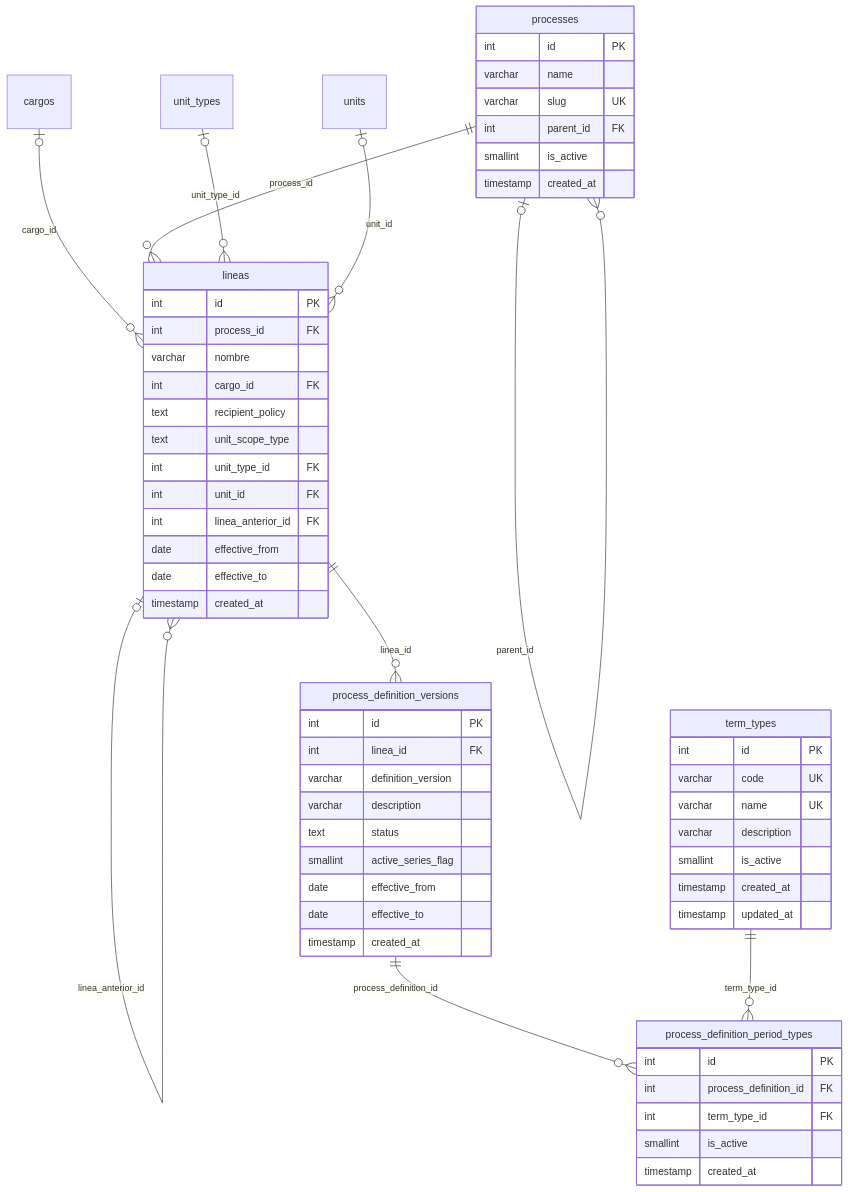
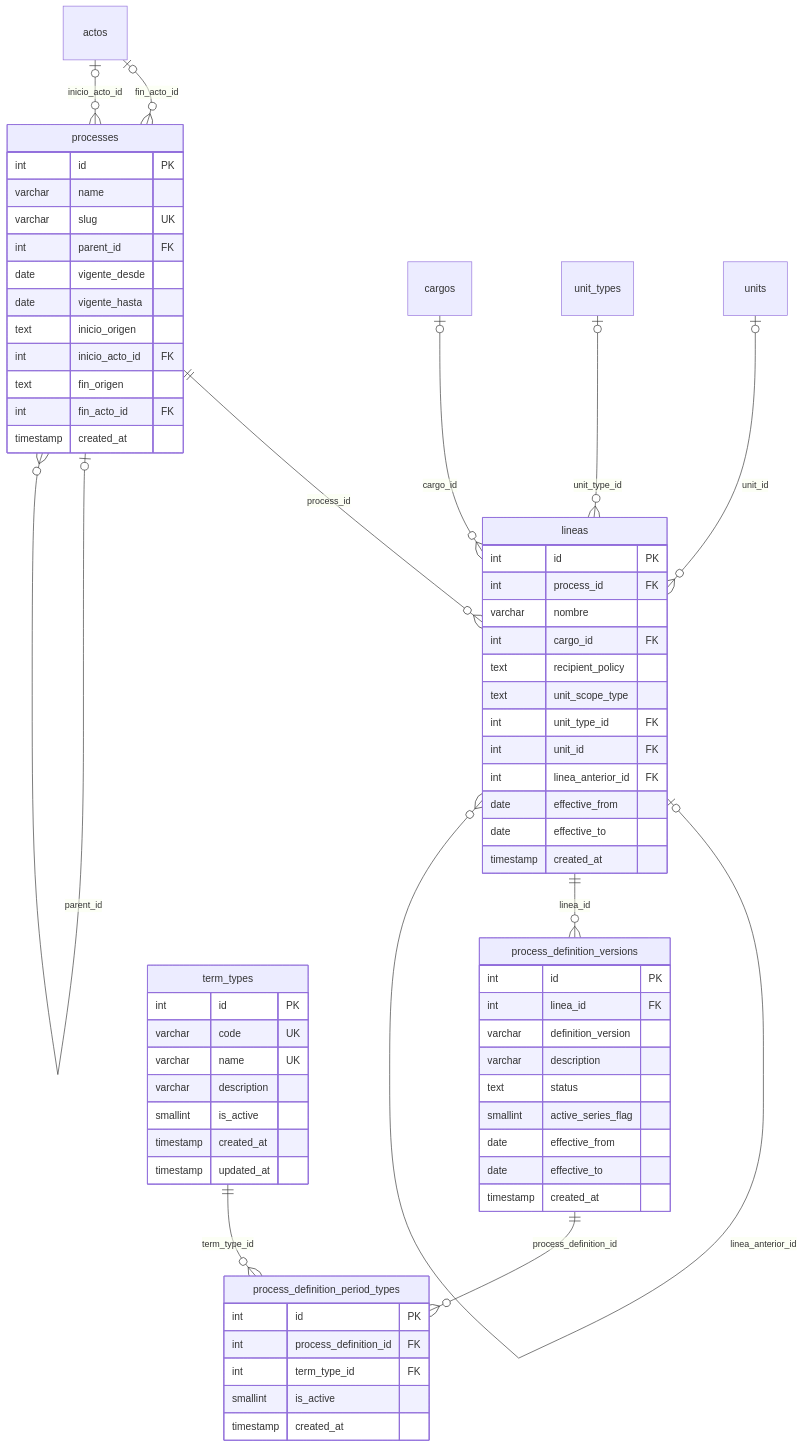
Before and after one commit to fresvel/deasy: the third of 10 diagrams in docs/src/content/docs/modelo/mapa-con-campos.md, drawn with Mermaid. The commit also changed other lines of this file and 32 other files, not shown here.

````diff
--- a/docs/src/content/docs/modelo/mapa-con-campos.md
+++ b/docs/src/content/docs/modelo/mapa-con-campos.md
@@ -185,62 +185,69 @@
 ```mermaid
 erDiagram
   %% generado por scripts/docs/gen-mapa-campos.mjs: no se edita a mano
   processes {
     int id PK
     varchar name
     varchar slug UK
     int parent_id FK
-    smallint is_active
+    date vigente_desde
+    date vigente_hasta
+    text inicio_origen
+    int inicio_acto_id FK
+    text fin_origen
+    int fin_acto_id FK
     timestamp created_at
   }
   process_definition_versions {
     int id PK
     int linea_id FK
     varchar definition_version
     varchar description
     text status
     smallint active_series_flag
     date effective_from
     date effective_to
     timestamp created_at
   }
   lineas {
     int id PK
     int process_id FK
     varchar nombre
     int cargo_id FK
     text recipient_policy
     text unit_scope_type
     int unit_type_id FK
     int unit_id FK
     int linea_anterior_id FK
     date effective_from
     date effective_to
     timestamp created_at
   }
   process_definition_period_types {
     int id PK
     int process_definition_id FK
     int term_type_id FK
     smallint is_active
     timestamp created_at
   }
   term_types {
     int id PK
     varchar code UK
     varchar name UK
     varchar description
     smallint is_active
     timestamp created_at
     timestamp updated_at
   }
   lineas |o--o{ lineas : "linea_anterior_id"
   cargos |o--o{ lineas : "cargo_id"
   processes ||--o{ lineas : "process_id"
   unit_types |o--o{ lineas : "unit_type_id"
   units |o--o{ lineas : "unit_id"
   process_definition_versions ||--o{ process_definition_period_types : "process_definition_id"
   term_types ||--o{ process_definition_period_types : "term_type_id"
   lineas ||--o{ process_definition_versions : "linea_id"
+  actos |o--o{ processes : "fin_acto_id"
+  actos |o--o{ processes : "inicio_acto_id"
   processes |o--o{ processes : "parent_id"
 ```
````
